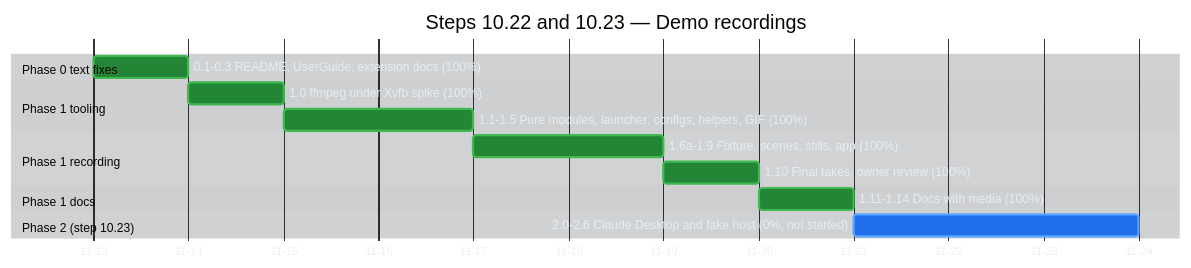
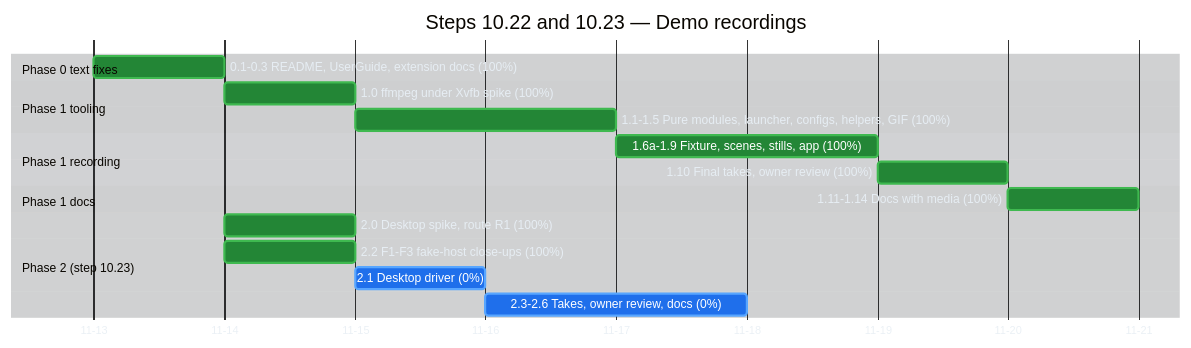
Before and after one commit to raulkivi/agent-cost-analyzer: the second of 5 diagrams in docs/implementation-plan-gantt.md, drawn with Mermaid. The commit also changed other lines of this file and 1 other file, not shown here.

First line of the commit message:
docs(10.23): spike 2.0 passes route R1; 2.2 merged

````diff
--- a/docs/implementation-plan-gantt.md
+++ b/docs/implementation-plan-gantt.md
@@ -139,51 +139,54 @@
 ```mermaid
 %%{init: {
   "theme": "base",
   "themeVariables": {
     "darkMode": true,
     "background": "#0d1117",
     "textColor": "#e6edf3",
     "primaryTextColor": "#e6edf3",
     "lineColor": "#8b949e",
     "sectionBkgColor": "#161b22",
     "sectionBkgColor2": "#1c2129",
     "altSectionBkgColor": "#0d1117",
     "gridColor": "#30363d",
     "excludeBkgColor": "#161b22",
     "todayLineColor": "#f85149",
     "taskBkgColor": "#1f6feb",
     "taskBorderColor": "#58a6ff",
     "taskTextColor": "#ffffff",
     "taskTextLightColor": "#ffffff",
     "taskTextDarkColor": "#ffffff",
     "taskTextOutsideColor": "#e6edf3",
     "doneTaskBkgColor": "#238636",
     "doneTaskBorderColor": "#3fb950",
     "activeTaskBkgColor": "#9e6a03",
     "activeTaskBorderColor": "#d29922",
     "critBkgColor": "#da3633",
     "critBorderColor": "#f85149"
   }
 }}%%
 gantt
     title Steps 10.22 and 10.23 — Demo recordings
     dateFormat YYYY-MM-DD
     axisFormat %m-%d
 
     section Phase 0 text fixes
     0.1-0.3 README, UserGuide, extension docs (100%) :done, d0, 2026-11-13, 1d
 
     section Phase 1 tooling
     1.0 ffmpeg under Xvfb spike (100%)              :done, d10, after d0, 1d
     1.1-1.5 Pure modules, launcher, configs, helpers, GIF (100%) :done, d11, after d10, 2d
 
     section Phase 1 recording
     1.6a-1.9 Fixture, scenes, stills, app (100%)    :done, d16, after d11, 2d
     1.10 Final takes, owner review (100%)          :done, d110, after d16, 1d
 
     section Phase 1 docs
     1.11-1.14 Docs with media (100%)               :done, d111, after d110, 1d
 
     section Phase 2 (step 10.23)
-    2.0-2.6 Claude Desktop and fake host (0%, not started) :d20, after d111, 3d
+    2.0 Desktop spike, route R1 (100%)              :done, d20, 2026-11-14, 1d
+    2.2 F1-F3 fake-host close-ups (100%)            :done, d22, 2026-11-14, 1d
+    2.1 Desktop driver (0%)                          :d21, after d20, 1d
+    2.3-2.6 Takes, owner review, docs (0%)           :d23, after d21, 2d
 ```
````
